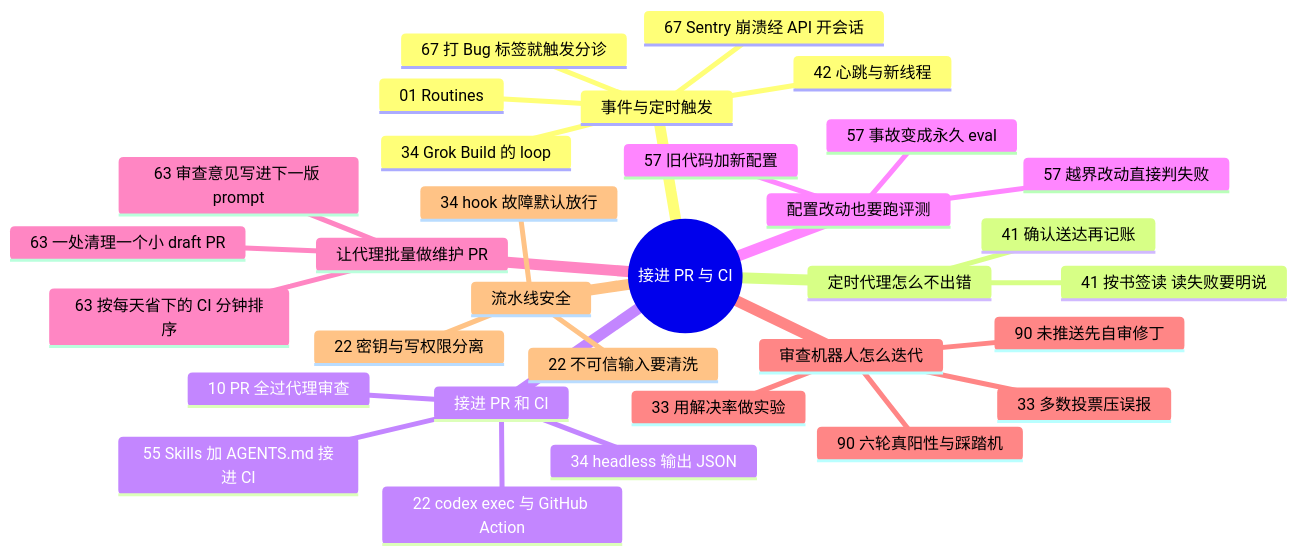
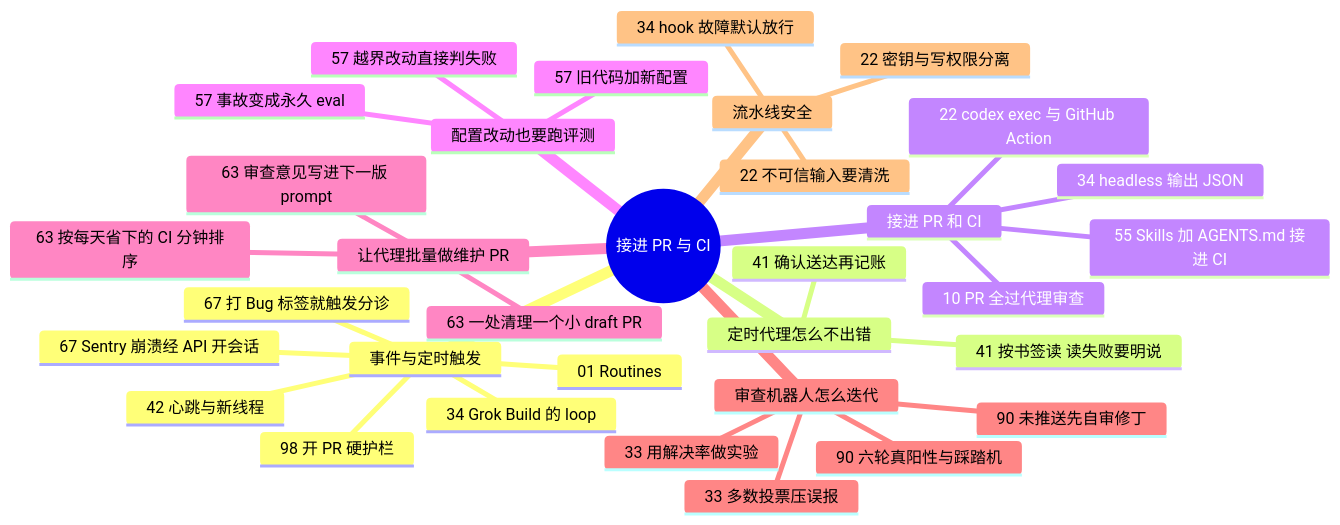
The diagram in docs/guide/ci.md (yzw7489757/ai-coding-videos), drawn with Mermaid before and after one commit. The commit also changed other lines of this file and 15 other files, not shown here.

````diff
--- a/docs/guide/ci.md
+++ b/docs/guide/ci.md
@@ -13,35 +13,36 @@
 ```mermaid
 mindmap
   root((接进 PR 与 CI))
     事件与定时触发
+      98 开 PR 硬护栏
       01 Routines
       34 Grok Build 的 loop
       42 心跳与新线程
       67 打 Bug 标签就触发分诊
       67 Sentry 崩溃经 API 开会话
     定时代理怎么不出错
       41 按书签读 读失败要明说
       41 确认送达再记账
     接进 PR 和 CI
       10 PR 全过代理审查
       22 codex exec 与 GitHub Action
       55 Skills 加 AGENTS.md 接进 CI
       34 headless 输出 JSON
     配置改动也要跑评测
       57 旧代码加新配置
       57 越界改动直接判失败
       57 事故变成永久 eval
     让代理批量做维护 PR
       63 一处清理一个小 draft PR
       63 审查意见写进下一版 prompt
       63 按每天省下的 CI 分钟排序
     审查机器人怎么迭代
       33 多数投票压误报
       33 用解决率做实验
       90 六轮真阳性与踩踏机
       90 未推送先自审修丁
     流水线安全
       22 密钥与写权限分离
       34 hook 故障默认放行
       22 不可信输入要清洗
 ```
````
